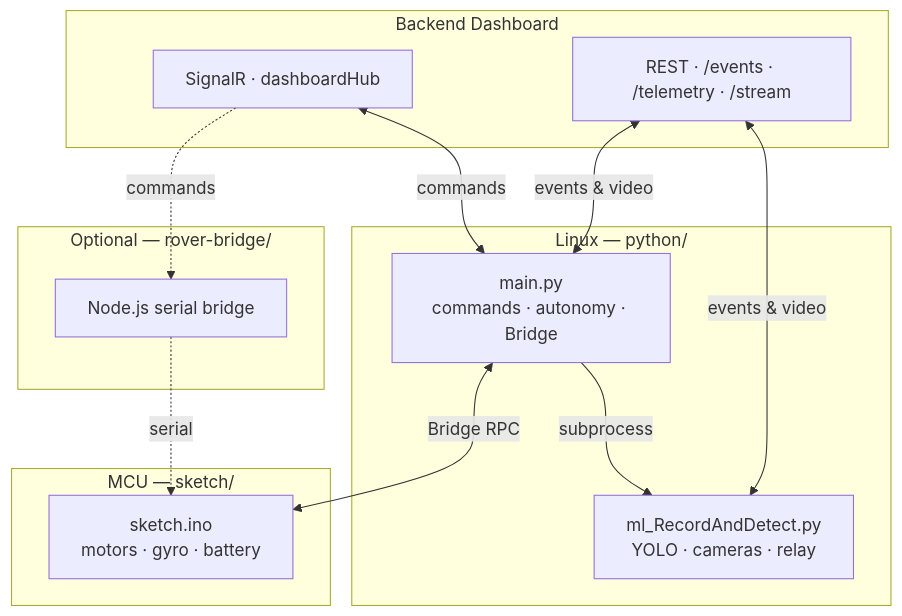
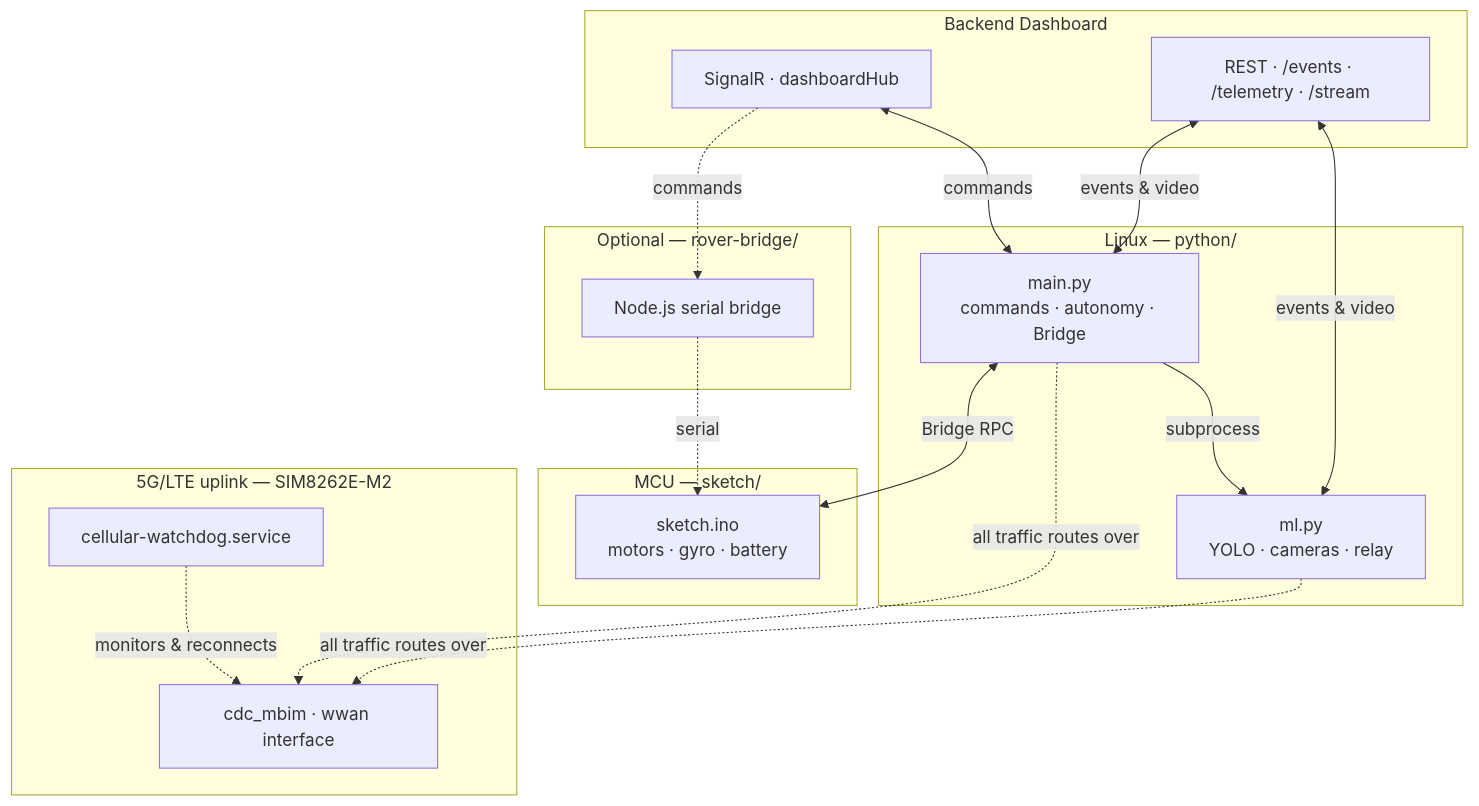
The diagram in README.md (NOKIA-5G-SOS-Rover/Embedded), drawn with Mermaid before and after one commit. The commit also changed other lines of this file, not shown here.

````diff
--- a/README.md
+++ b/README.md
@@ -29,28 +29,36 @@
 ```mermaid
 flowchart TB
     subgraph Cloud["Backend Dashboard"]
         HUB["SignalR · dashboardHub"]
         API["REST · /events · /telemetry · /stream"]
     end
 
     subgraph Linux["Linux — python/"]
         MAIN["main.py<br/>commands · autonomy · Bridge"]
-        ML["ml_RecordAndDetect.py<br/>YOLO · cameras · relay"]
+        ML["ml.py<br/>YOLO · cameras · relay"]
         MAIN -->|subprocess| ML
     end
 
     subgraph MCU["MCU — sketch/"]
         SKETCH["sketch.ino<br/>motors · gyro · battery"]
     end
 
     subgraph Alt["Optional — rover-bridge/"]
         BRIDGE["Node.js serial bridge"]
     end
 
+    subgraph Modem["5G/LTE uplink — SIM8262E-M2"]
+        MBIM["cdc_mbim · wwan interface"]
+        WATCHDOG["cellular-watchdog.service"]
+        WATCHDOG -.->|monitors & reconnects| MBIM
+    end
+
     HUB <-->|commands| MAIN
     API <-->|events & video| MAIN
     API <-->|events & video| ML
     MAIN <-->|Bridge RPC| SKETCH
     BRIDGE -.->|serial| SKETCH
     HUB -.->|commands| BRIDGE
+    MAIN -.->|all traffic routes over| MBIM
+    ML -.->|all traffic routes over| MBIM
 ```
````
